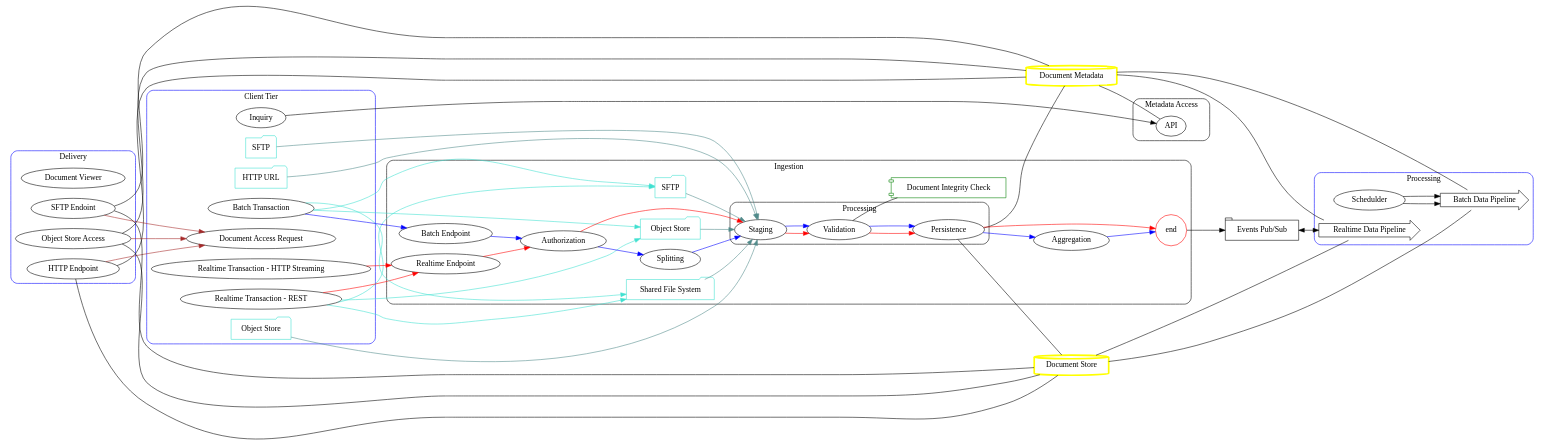
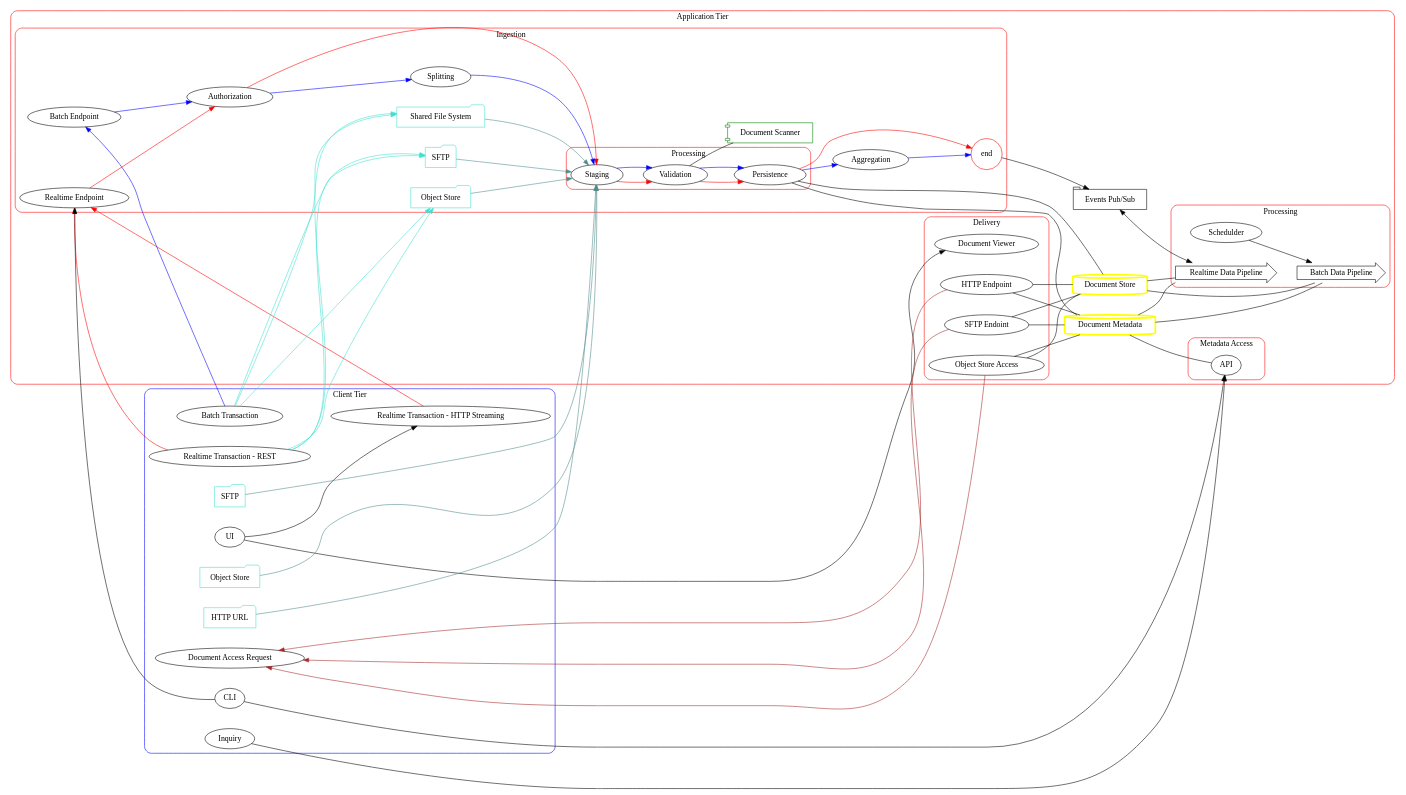
The diagram in doc/solution.dot (amitchatterjee/docriver), drawn with Graphviz before and after one commit. The commit also changed 1 other file, not shown here.

Commit message:
Updated the document

```diff
--- a/doc/solution.dot
+++ b/doc/solution.dot
@@ -1,155 +1,171 @@
 digraph {
     rankdir=LR;
-
-    obj_store[label="Document Store",color=yellow,penwidth=3.0,shape=cylinder];
-    md_store[label="Document Metadata",color=yellow,penwidth=3.0, shape=cylinder];
-    events_pub_sub[label="Events Pub/Sub", shape=tab];
+    nodesep=0.5;
 
     subgraph cluster_client_tier {
         shape=box;
         label="Client Tier";
         style=rounded;
         color=blue;
 
         inquiry[label="Inquiry"];
         realtime_tx_rest[label="Realtime Transaction - REST"];
         realtime_tx_streaming[label="Realtime Transaction - HTTP Streaming"];
         batch_tx[label="Batch Transaction"];
         doc_access[label="Document Access Request"];
+        ui[label="UI"]
+        cli[label="CLI"]
 
         client_sftp[label="SFTP",color=turquoise,shape=folder];
         client_obj_store[label="Object Store",color=turquoise,shape=folder];
         client_http[label="HTTP URL",color=turquoise,shape=folder];
+
+        {rank=same; client_sftp; client_obj_store, client_http}
     }
 
-    subgraph cluster_ingestion {
+    subgraph cluster_application_tier {
         shape=box;
-        label="Ingestion";
+        label="Application Tier";
         style=rounded;
+        color=red;
 
-        upload_share_raw[label="Shared File System",color=turquoise,shape=folder];
-        upload_sftp_raw[label="SFTP", color=turquoise,shape=folder];
-        upload_obj_store_raw[label="Object Store",color=turquoise,shape=folder];
+        obj_store[label="Document Store",color=yellow,penwidth=3.0,shape=cylinder];
+        md_store[label="Document Metadata",color=yellow,penwidth=3.0, shape=cylinder];
+        events_pub_sub[label="Events Pub/Sub", shape=tab];
 
-        realtime_endpoint[label="Realtime Endpoint"];
-        batch_endpoint[label="Batch Endpoint"];
+        subgraph cluster_ingestion {
+            shape=box;
+            label="Ingestion";
+            style=rounded;
 
-        authorization[label=" Authorization"];
+            upload_share_raw[label="Shared File System",color=turquoise,shape=folder];
+            upload_sftp_raw[label="SFTP", color=turquoise,shape=folder];
+            upload_obj_store_raw[label="Object Store",color=turquoise,shape=folder];
 
-        realtime_endpoint->authorization[color=red];
-        batch_endpoint->authorization[color=blue];
+            realtime_endpoint[label="Realtime Endpoint"];
+            batch_endpoint[label="Batch Endpoint"];
 
-        splitting[label=" Splitting"];
-        authorization->splitting[color=blue];
-        integrity_check[label="Document Integrity Check",shape=component,color=green];
+            authorization[label=" Authorization"];
 
-        subgraph cluster_ingestion_document_processing {
+            realtime_endpoint->authorization[color=red];
+            batch_endpoint->authorization[color=blue];
+
+            splitting[label=" Splitting"];
+            authorization->splitting[color=blue];
+            integrity_check[label="Document Scanner",shape=component,color=green];
+
+            subgraph cluster_ingestion_document_processing {
+                shape=box;
+                label="Processing";
+                style=rounded;
+
+                staging[label="Staging"];
+                validation[label="Validation"];
+                persistence[label="Persistence"];
+
+                staging->validation[color=red];
+                staging->validation[color=blue];
+
+                validation->persistence[color=red];
+                validation->persistence[color=blue];
+            }
+
+            validation->integrity_check[dir=none];
+
+            authorization->staging[color=red];
+            splitting->staging[color=blue];
+
+            aggregation[label="Aggregation"];
+            ingestion_end[label="end", shape=circle, color=red];
+
+            persistence->ingestion_end[color=red];
+            persistence->aggregation[color=blue];
+            aggregation->ingestion_end[color=blue];
+        }
+
+        persistence->obj_store[dir=none];
+        persistence->md_store[dir=none];
+        ingestion_end->events_pub_sub
+
+        subgraph cluster_metadata_access {
+            shape=box;
+            label="Metadata Access";
+            style=rounded;
+
+            metadata_api[label="API"];
+        }
+
+        md_store->metadata_api[dir=none];
+
+        upload_share_raw->staging[color=darkslategray4];
+        upload_sftp_raw->staging[color=darkslategray4];
+        upload_obj_store_raw->staging[color=darkslategray4];
+
+        client_sftp->staging[color=darkslategray4];
+        client_obj_store->staging[color=darkslategray4];
+        client_http->staging[color=darkslategray4];
+
+        subgraph cluster_processing {
             shape=box;
             label="Processing";
             style=rounded;
+            color=red;
 
-            staging[label="Staging"];
-            validation[label="Validation"];
-            persistence[label="Persistence"];
+            scheduler[label="Schedulder"];
+            batch_data_pipeline[label="Batch Data Pipeline",shape=rarrow]
+            realtime_data_pipeline[label="Realtime Data Pipeline",shape=rarrow]
 
-            staging->validation[color=red];
-            staging->validation[color=blue];
-
-            validation->persistence[color=red];
-            validation->persistence[color=blue];
+            scheduler->batch_data_pipeline
         }
 
-         validation->integrity_check[dir=none];
+        events_pub_sub->realtime_data_pipeline[dir=both];
 
-        authorization->staging[color=red];
-        splitting->staging[color=blue];
+        obj_store->batch_data_pipeline[dir=none];
+        md_store->batch_data_pipeline[dir=none];
 
-        aggregation[label="Aggregation"];
-        ingestion_end[label="end", shape=circle, color=red];
+        obj_store->realtime_data_pipeline[dir=none];
+        md_store->realtime_data_pipeline[dir=none];
 
-        persistence->ingestion_end[color=red];
-        persistence->aggregation[color=blue];
-        aggregation->ingestion_end[color=blue];
+        subgraph cluster_delivery {
+            shape=box;
+            label="Delivery";
+            style=rounded;
+            color=red;
+
+            viewer[label="Document Viewer"];
+            document_transfer_http[label="HTTP Endpoint"]
+            document_transfer_sftp[label="SFTP Endoint"]
+            document_transfer_obj_store[label="Object Store Access"]
+        }
+
+        document_transfer_http->md_store[dir=none]
+        document_transfer_http->obj_store[dir=none]
+        document_transfer_sftp->md_store[dir=none]
+        document_transfer_sftp->obj_store[dir=none]
+        document_transfer_obj_store->md_store[dir=none]
+        document_transfer_obj_store->obj_store[dir=none]
+
+        document_transfer_http->doc_access[color=brown];
+        document_transfer_sftp->doc_access[color=brown];
+        document_transfer_obj_store->doc_access[color=brown];
     }
 
+    inquiry->metadata_api;
 
-    persistence->obj_store[dir=none];
-    persistence->md_store[dir=none];
-    ingestion_end->events_pub_sub
-
-    subgraph cluster_metadata_access {
-        shape=box;
-        label="Metadata Access";
-        style=rounded;
-
-        metadata_api[label="API"];
-    }
-
-    md_store->metadata_api[dir=none];
-
-    inquiry->metadata_api;
     realtime_tx_rest->realtime_endpoint[color=red];
     realtime_tx_streaming->realtime_endpoint[color=red];
     batch_tx->batch_endpoint[color=blue];
 
     realtime_tx_rest->upload_share_raw[color=turquoise];
     realtime_tx_rest->upload_sftp_raw[color=turquoise];
     realtime_tx_rest->upload_obj_store_raw[color=turquoise];
     batch_tx->upload_share_raw[color=turquoise];
     batch_tx->upload_sftp_raw[color=turquoise];
     batch_tx->upload_obj_store_raw[color=turquoise];
 
-    upload_share_raw->staging[color=darkslategray4];
-    upload_sftp_raw->staging[color=darkslategray4];
-    upload_obj_store_raw->staging[color=darkslategray4];
+    cli->realtime_endpoint;
+    cli->metadata_api;
 
-    client_sftp->staging[color=darkslategray4];
-    client_obj_store->staging[color=darkslategray4];
-    client_http->staging[color=darkslategray4];
-
-    subgraph cluster_processing {
-        shape=box;
-        label="Processing";
-        style=rounded;
-        color=blue;
-
-        scheduler[label="Schedulder"];
-        batch_data_pipeline[label="Batch Data Pipeline",shape=rarrow]
-        realtime_data_pipeline[label="Realtime Data Pipeline",shape=rarrow]
-
-        scheduler->batch_data_pipeline
-    }
-
-    events_pub_sub->realtime_data_pipeline[dir=both];
-
-    obj_store->batch_data_pipeline[dir=none];
-    md_store->batch_data_pipeline[dir=none];
-
-    obj_store->realtime_data_pipeline[dir=none];
-    md_store->realtime_data_pipeline[dir=none];
-
-    subgraph cluster_delivery {
-        shape=box;
-        label="Delivery";
-        style=rounded;
-        color=blue;
-
-        viewer[label="Document Viewer"];
-        document_transfer_http[label="HTTP Endpoint"]
-        document_transfer_sftp[label="SFTP Endoint"]
-        document_transfer_obj_store[label="Object Store Access"]        
-
-        scheduler->batch_data_pipeline
-    }
-
-    document_transfer_http->md_store[dir=none]
-    document_transfer_http->obj_store[dir=none]
-    document_transfer_sftp->md_store[dir=none]
-    document_transfer_sftp->obj_store[dir=none]
-    document_transfer_obj_store->md_store[dir=none]
-    document_transfer_obj_store->obj_store[dir=none]
-
-    document_transfer_http->doc_access[color=brown];
-    document_transfer_sftp->doc_access[color=brown];
-    document_transfer_obj_store->doc_access[color=brown];
+    ui->viewer;
+    ui->realtime_tx_streaming;
 }
```
